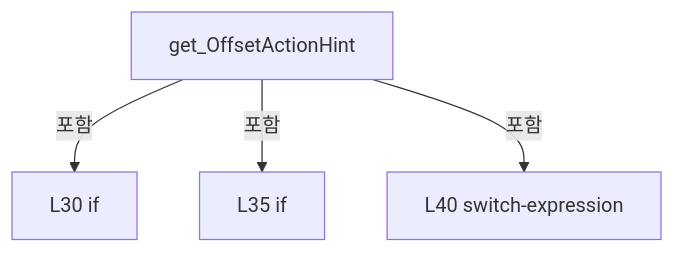
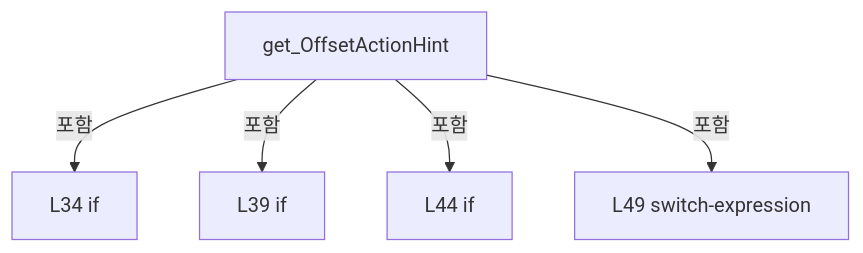
Before and after one commit to kjuws10-rgb/Shared: the first of 18 diagrams in A3 LD Code Ref/files/Drilling.UI/Menu/Menus/CMenuCorrection.ReviewData.Offset.cs.md, drawn with Mermaid. The commit also changed other lines of this file and 2071 other files, not shown here.

Commit message:
docs(a3): update 11.19.0 architecture and code reference

````diff
--- a/A3 LD Code Ref/files/Drilling.UI/Menu/Menus/CMenuCorrection.ReviewData.Offset.cs.md
+++ b/A3 LD Code Ref/files/Drilling.UI/Menu/Menus/CMenuCorrection.ReviewData.Offset.cs.md
@@ -239,10 +241,12 @@
 ```mermaid
 flowchart TD
  M["get_OffsetActionHint"]
- N0["L30 if"]
+ N0["L34 if"]
  M -->|포함| N0
- N1["L35 if"]
+ N1["L39 if"]
  M -->|포함| N1
- N2["L40 switch-expression"]
+ N2["L44 if"]
  M -->|포함| N2
+ N3["L49 switch-expression"]
+ M -->|포함| N3
 ```
````
